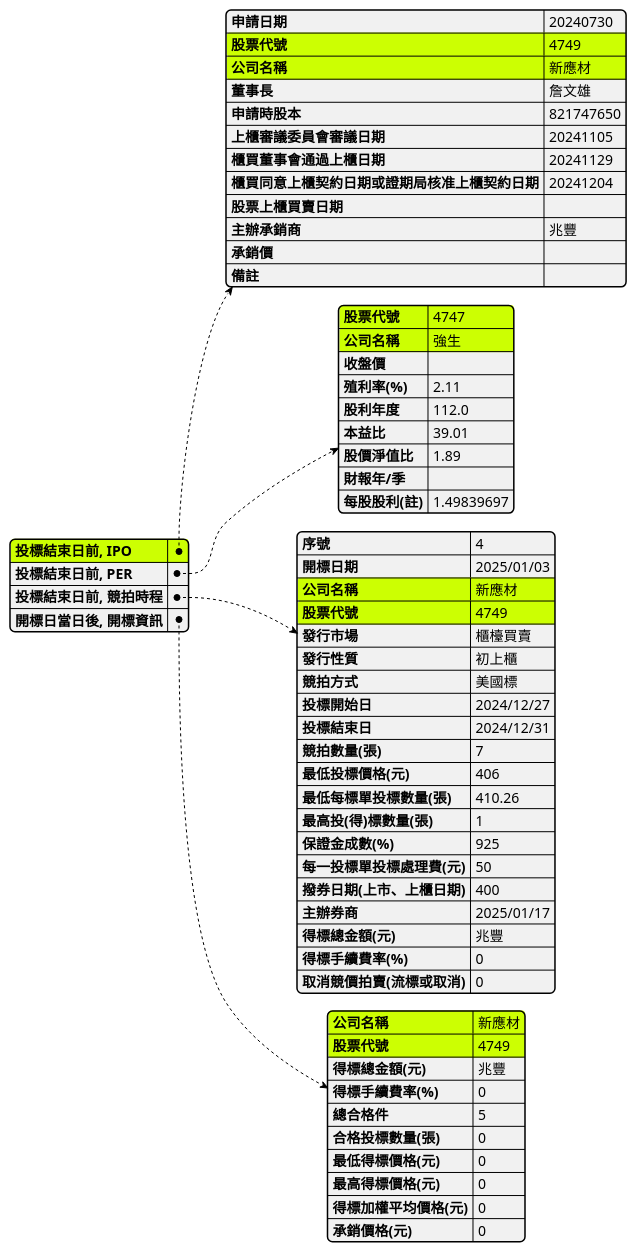
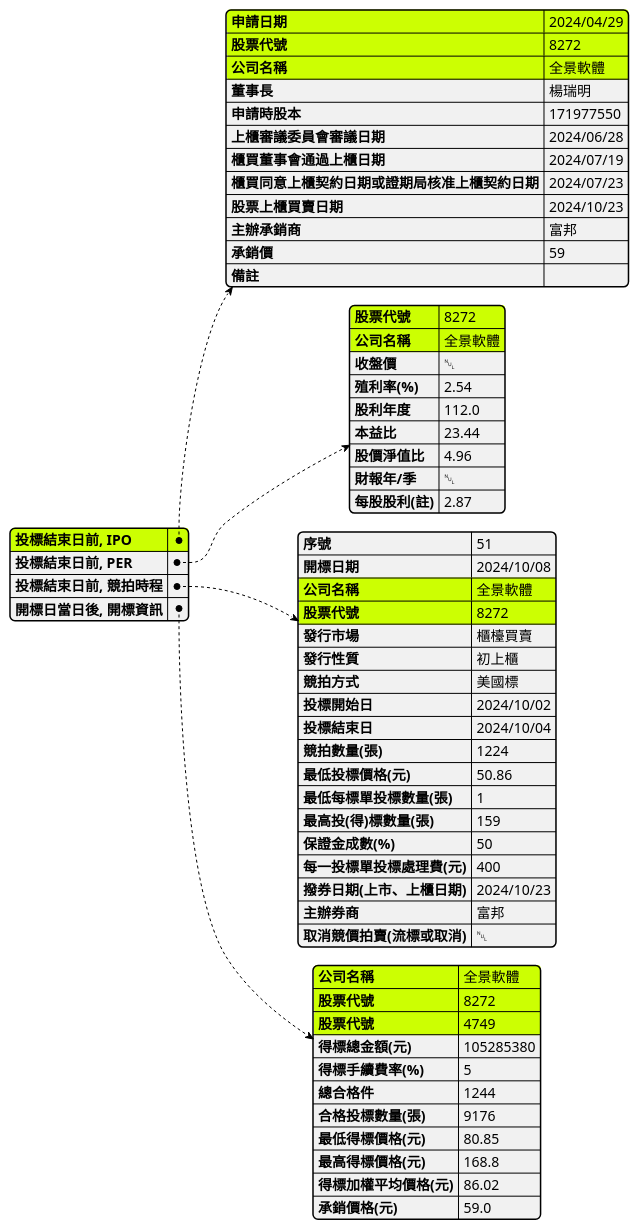
Before and after one commit to wenchiehlee/Selenium-Actions.Auction: the diagram in IPO.plantuml, drawn with PlantUML.

Commit message:
change to 8272

```diff
--- a/IPO.plantuml
+++ b/IPO.plantuml
@@ -1,84 +1,84 @@
 @startjson
 
 skinparam BoxPadding 10
 skinparam actorStyle awesome
 skinparam LegendBorderThickness 1
 skinparam backgroundColor transparent
 
 #highlight  "投標結束日前, IPO"
+#highlight  "投標結束日前, IPO" / "申請日期"
 #highlight  "投標結束日前, IPO" / "股票代號"
 #highlight  "投標結束日前, IPO" / "公司名稱"
-
 
 #highlight  "投標結束日前, PER" / "股票代號"
 #highlight  "投標結束日前, PER" / "公司名稱"
 
 #highlight  "投標結束日前, 競拍時程" / "股票代號"
 #highlight  "投標結束日前, 競拍時程" / "公司名稱"
 
 #highlight  "開標日當日後, 開標資訊" / "股票代號"
 #highlight  "開標日當日後, 開標資訊" / "公司名稱"
 
+
 {
-  "投標結束日前, IPO": {
-    "申請日期": "20240730",
+  "投標結束日前, IPO":     {
+  "申請日期": "2024/04/29",
+  "股票代號": "8272",
+  "公司名稱": "全景軟體",
+  "董事長": "楊瑞明",
+  "申請時股本": 171977550,
+  "上櫃審議委員會審議日期": "2024/06/28",
+  "櫃買董事會通過上櫃日期": "2024/07/19",
+  "櫃買同意上櫃契約日期或證期局核准上櫃契約日期": "2024/07/23",
+  "股票上櫃買賣日期": "2024/10/23",
+  "主辦承銷商": "富邦",
+  "承銷價": 59,
+  "備註": ""
+    },
+
+  "投標結束日前, PER":     {
+        "股票代號": "8272",
+        "公司名稱": "全景軟體",
+        "收盤價": null,
+        "殖利率(%)": 2.54,
+        "股利年度": 112.0,
+        "本益比": 23.44,
+        "股價淨值比": 4.96,
+        "財報年/季": null,
+        "每股股利(註)": 2.87
+    },
+  "投標結束日前, 競拍時程":     {
+        "序號": 51,
+        "開標日期": "2024/10/08",
+        "公司名稱": "全景軟體",
+        "股票代號": "8272",
+        "發行市場": "櫃檯買賣",
+        "發行性質": "初上櫃",
+        "競拍方式": "美國標",
+        "投標開始日": "2024/10/02",
+        "投標結束日": "2024/10/04",
+        "競拍數量(張)": 1224,
+        "最低投標價格(元)": 50.86,
+        "最低每標單投標數量(張)": 1,
+        "最高投(得)標數量(張)": 159,
+        "保證金成數(%)": 50,
+        "每一投標單投標處理費(元)": 400,
+        "撥券日期(上市、上櫃日期)": "2024/10/23",
+        "主辦券商": "富邦",
+        "取消競價拍賣(流標或取消)": null
+    },
+  "開標日當日後, 開標資訊": {
+    "公司名稱": "全景軟體",
+    "股票代號": "8272",
     "股票代號": "4749",
-    "公司名稱": "新應材",
-    "董事長": "詹文雄",
-    "申請時股本": "821747650",
-    "上櫃審議委員會審議日期": "20241105",
-    "櫃買董事會通過上櫃日期": "20241129",
-    "櫃買同意上櫃契約日期或證期局核准上櫃契約日期": "20241204",
-    "股票上櫃買賣日期": "",
-    "主辦承銷商": "兆豐",
-    "承銷價": "",
-    "備註": ""
-  },
-
-  "投標結束日前, PER": {
-    "股票代號": 4747,
-    "公司名稱": "強生",
-    "收盤價": "",
-    "殖利率(%)": 2.11,
-    "股利年度": 112.0,
-    "本益比": 39.01,
-    "股價淨值比": 1.89,
-    "財報年/季": "",
-    "每股股利(註)": 1.49839697
-  },
-  "投標結束日前, 競拍時程": {
-    "序號": "4",
-    "開標日期": "2025/01/03",
-    "公司名稱": "新應材",
-    "股票代號": "4749",
-    "發行市場": "櫃檯買賣",
-    "發行性質": "初上櫃",
-    "競拍方式": "美國標",
-    "投標開始日": "2024/12/27",
-    "投標結束日": "2024/12/31",
-    "競拍數量(張)": 7,
-    "最低投標價格(元)": 406,
-    "最低每標單投標數量(張)": 410.26,
-    "最高投(得)標數量(張)": 1,
-    "保證金成數(%)": 925,
-    "每一投標單投標處理費(元)": 50,
-    "撥券日期(上市、上櫃日期)": 400,
-    "主辦券商": "2025/01/17",
-    "得標總金額(元)": "兆豐",
-    "得標手續費率(%)": 0,
-    "取消競價拍賣(流標或取消)": 0
-  },
-  "開標日當日後, 開標資訊": {
-    "公司名稱": "新應材",
-    "股票代號": "4749",
-    "得標總金額(元)": "兆豐",
-    "得標手續費率(%)": 0,
-    "總合格件": 5,
-    "合格投標數量(張)": 0,
-    "最低得標價格(元)": 0,
-    "最高得標價格(元)": 0,
-    "得標加權平均價格(元)": 0,
-    "承銷價格(元)": 0
+    "得標總金額(元)": 105285380,
+    "得標手續費率(%)": 5,
+    "總合格件": 1244,
+    "合格投標數量(張)": 9176,
+    "最低得標價格(元)": 80.85,
+    "最高得標價格(元)": 168.8,
+    "得標加權平均價格(元)": 86.02,
+    "承銷價格(元)": 59.0
   }
 }
 @endjson
```
